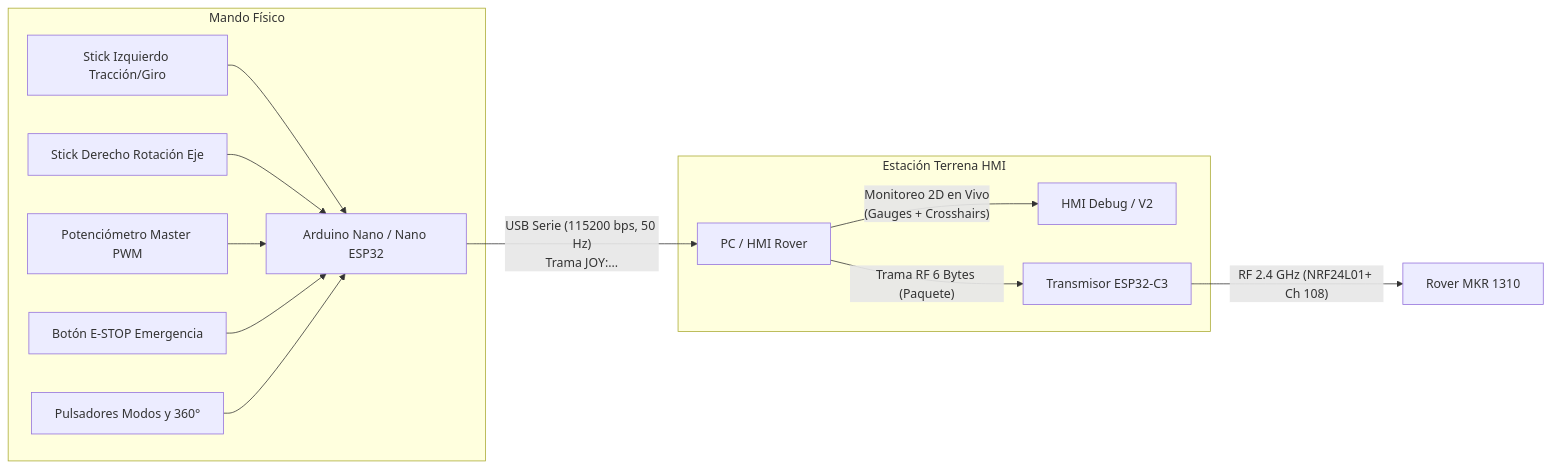
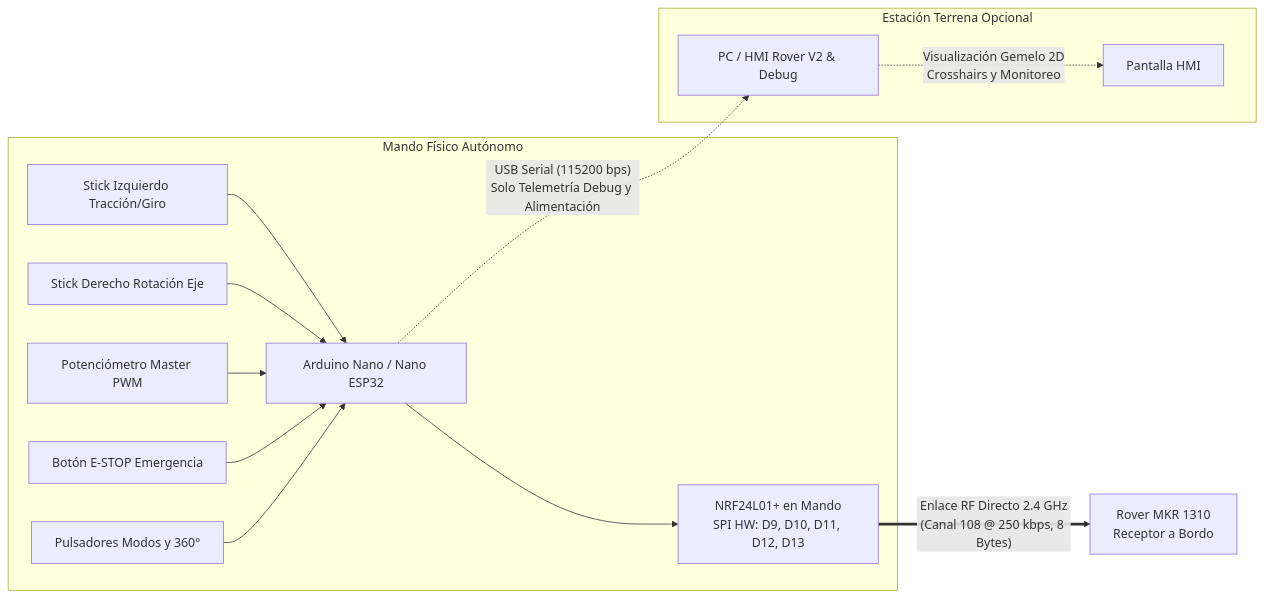
Before and after one commit to Glaciojtp/HMI-Lunar-Rover: the diagram in GUIA_JOYSTICK_HARDWARE.md, drawn with Mermaid. The commit also changed other lines of this file and 1 other file, not shown here.

Commit message:
feat: mando joystick fisico 100% autonomo con NRF24L01 integrado (transmision RF directa al Rover sin requerir PC)

````diff
--- a/GUIA_JOYSTICK_HARDWARE.md
+++ b/GUIA_JOYSTICK_HARDWARE.md
@@ -15,19 +15,18 @@
 ```mermaid
 graph LR
-    subgraph Mando Físico
+    subgraph Mando Físico Autónomo
         S1[Stick Izquierdo Tracción/Giro] --> NANO[Arduino Nano / Nano ESP32]
         S2[Stick Derecho Rotación Eje] --> NANO
         POT[Potenciómetro Master PWM] --> NANO
         ESTOP[Botón E-STOP Emergencia] --> NANO
         SW[Pulsadores Modos y 360°] --> NANO
+        NANO --> RF_TX[NRF24L01+ en Mando<br>SPI HW: D9, D10, D11, D12, D13]
     end
 
-    NANO -- "USB Serie (115200 bps, 50 Hz)\nTrama JOY:..." --> PC[PC / HMI Rover]
-    
-    subgraph Estación Terrena HMI
-        PC -- "Monitoreo 2D en Vivo\n(Gauges + Crosshairs)" --> GUI[HMI Debug / V2]
-        PC -- "Trama RF 6 Bytes (Paquete)" --> ESP32[Transmisor ESP32-C3]
+    RF_TX == "Enlace RF Directo 2.4 GHz<br>(Canal 108 @ 250 kbps, 8 Bytes)" ==> MKR[Rover MKR 1310<br>Receptor a Bordo]
+
+    subgraph Estación Terrena Opcional
+        NANO -. "USB Serial (115200 bps)<br>Solo Telemetría Debug y Alimentación" .-> PC[PC / HMI Rover V2 & Debug]
+        PC -. "Visualización Gemelo 2D<br>Crosshairs y Monitoreo" .-> GUI[Pantalla HMI]
     end
-
-    ESP32 -- "RF 2.4 GHz (NRF24L01+ Ch 108)" --> MKR[Rover MKR 1310]
 ```
````
